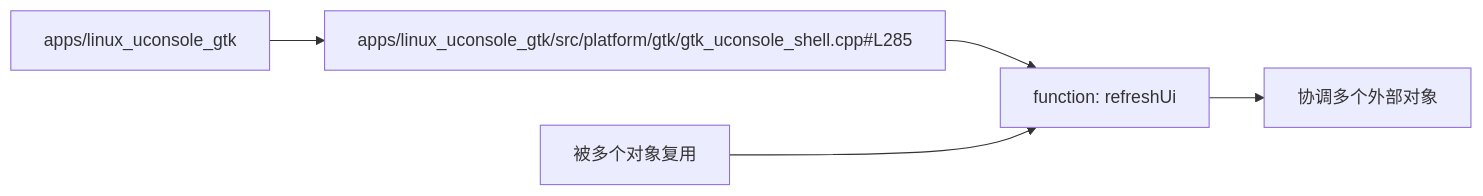
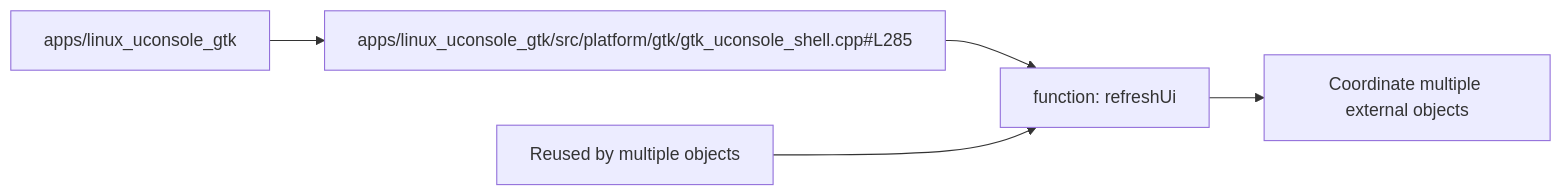
The diagram in docs/engineering/component-diagrams/apps-linux_uconsole_gtk-refreshui/component-diagram.md (manmuqingshan/trail-mate), drawn with Mermaid before and after one commit. The commit also changed other lines of this file and 527 other files, not shown here.

````diff
--- a/docs/engineering/component-diagrams/apps-linux_uconsole_gtk-refreshui/component-diagram.md
+++ b/docs/engineering/component-diagrams/apps-linux_uconsole_gtk-refreshui/component-diagram.md
@@ -40,10 +40,10 @@
 ```mermaid
 flowchart LR
   package_node["apps/linux_uconsole_gtk"]
   file_node["apps/linux_uconsole_gtk/src/platform/gtk/gtk_uconsole_shell.cpp#L285"]
   component_node["function: refreshUi"]
   package_node --> file_node
   file_node --> component_node
-  component_node --> outgoingRelations["协调多个外部对象"]
-  incomingRelations["被多个对象复用"] --> component_node
+ component_node --> outgoingRelations["Coordinate multiple external objects"]
+ incomingRelations["Reused by multiple objects"] --> component_node
 ```
````
